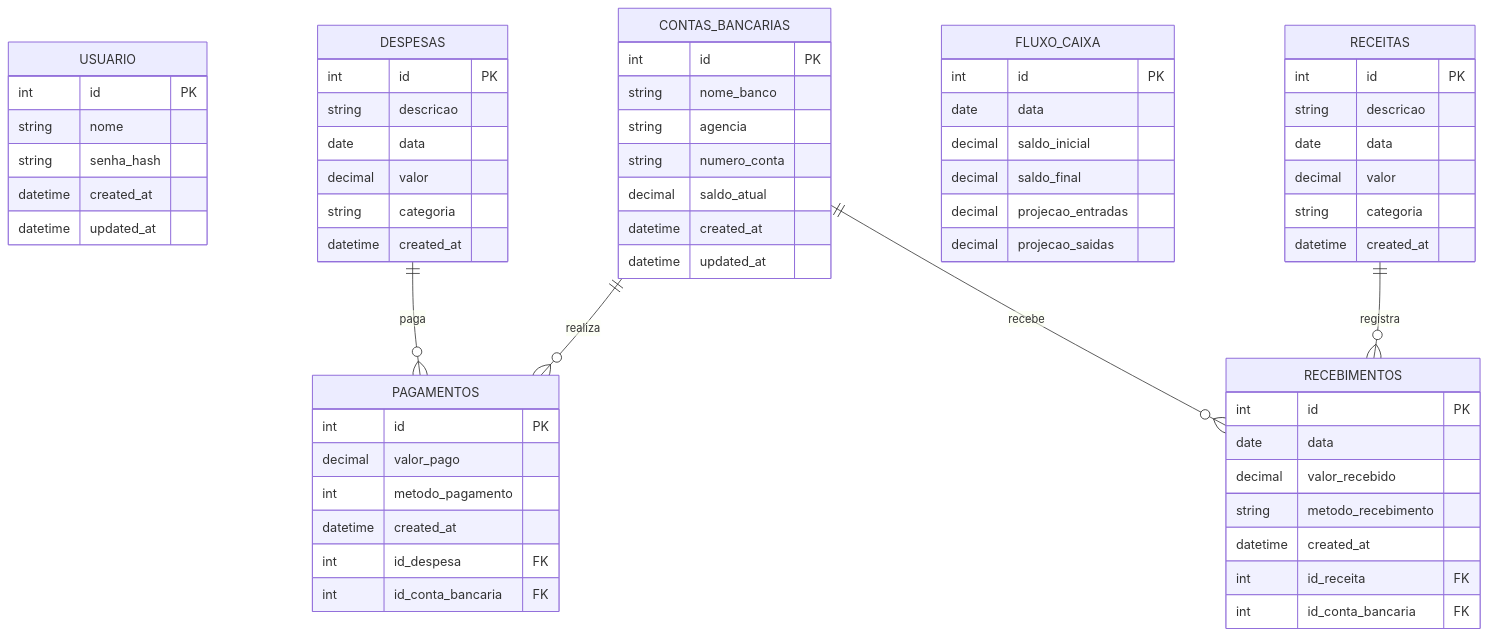
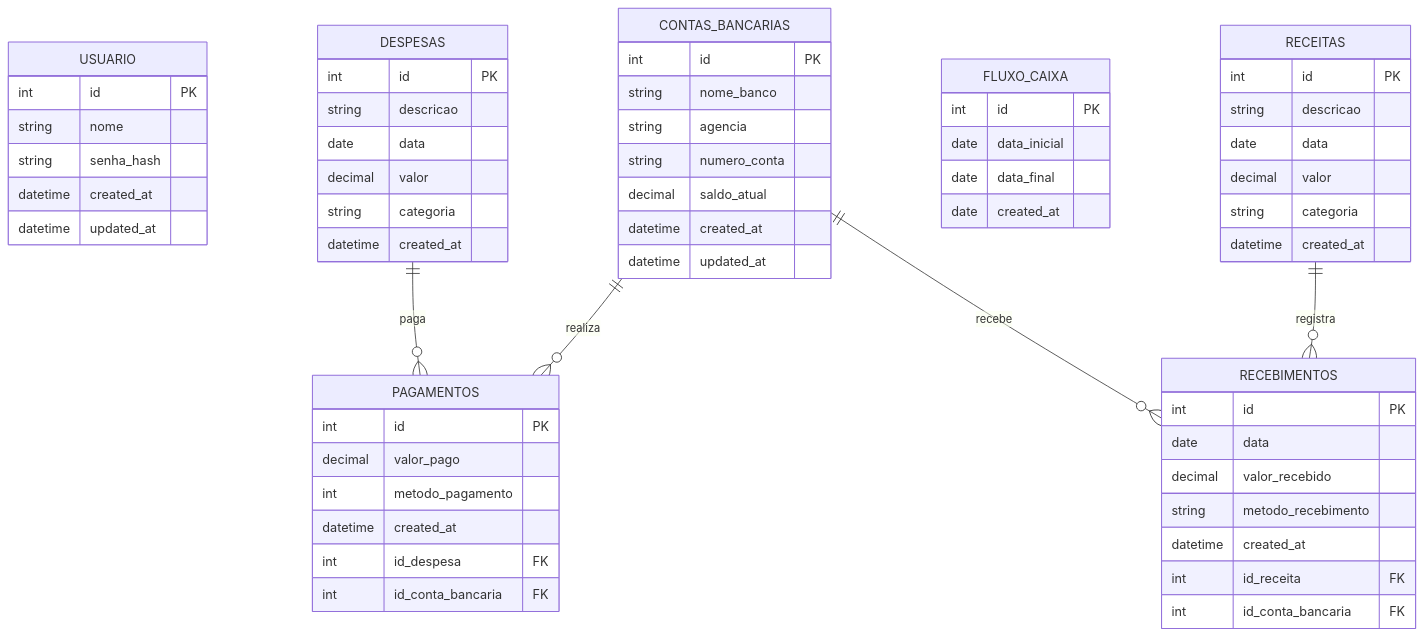
Before and after one commit to Gabriela-Amaro/Sistema-Mugiwara: the diagram in README.MC.md, drawn with Mermaid.

````diff
--- a/README.MC.md
+++ b/README.MC.md
@@ -5,71 +5,69 @@
 ```mermaid
 erDiagram
     USUARIO {
         int id PK
         string nome
         string senha_hash
         datetime created_at
         datetime updated_at
     }
     
     DESPESAS {
         int id PK
         string descricao
         date data
         decimal valor
         string categoria
         datetime created_at
     }
     
     PAGAMENTOS {
         int id PK
         decimal valor_pago
         int metodo_pagamento
         datetime created_at
         int id_despesa FK
         int id_conta_bancaria FK
     }
     
     RECEITAS {
         int id PK
         string descricao
         date data
         decimal valor
         string categoria
         datetime created_at
     }
     
     RECEBIMENTOS {
         int id PK
         date data
         decimal valor_recebido
         string metodo_recebimento
         datetime created_at
         int id_receita FK
         int id_conta_bancaria FK
     }
     
     FLUXO_CAIXA {
         int id PK
-        date data
-        decimal saldo_inicial
-        decimal saldo_final
-        decimal projecao_entradas
-        decimal projecao_saidas
+        date data_inicial
+        date data_final
+        date created_at
     }
     
     CONTAS_BANCARIAS {
         int id PK
         string nome_banco
         string agencia
         string numero_conta
         decimal saldo_atual
         datetime created_at
         datetime updated_at
     }
     
     CONTAS_BANCARIAS ||--o{ PAGAMENTOS : realiza
     CONTAS_BANCARIAS ||--o{ RECEBIMENTOS : recebe
     DESPESAS ||--o{ PAGAMENTOS : paga
     RECEITAS ||--o{ RECEBIMENTOS : registra
 ```
````
